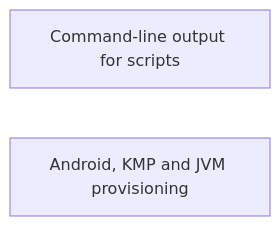
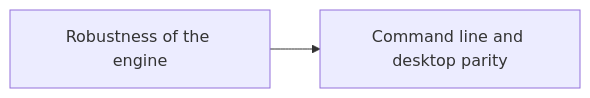
One commit to LuxionServer/ShogunAi changed the diagram in docs/roadmap.md. Above: the diagram before and after it, drawn with Mermaid. The commit also changed other lines of this file and 46 other files, not shown here.

````diff
--- a/docs/roadmap.md
+++ b/docs/roadmap.md
@@ -19,5 +19,4 @@
 ```mermaid
 graph LR
-    B["Command-line output for scripts"]
-    D["Android, KMP and JVM provisioning"]
+    R["Robustness of the engine"] --> P["Command line and desktop parity"]
 ```
````
